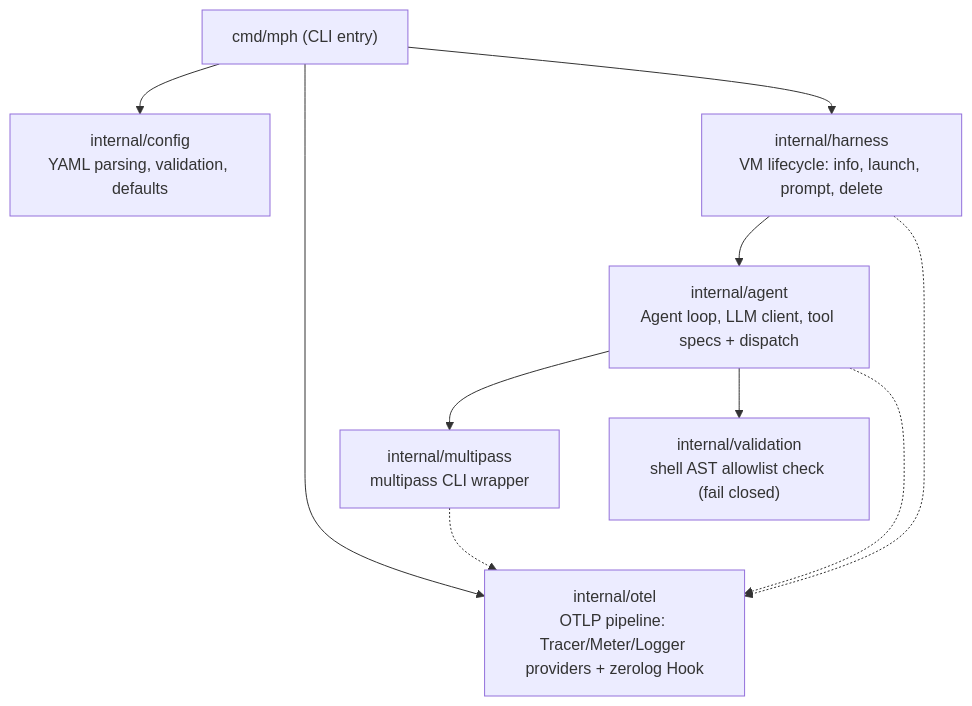
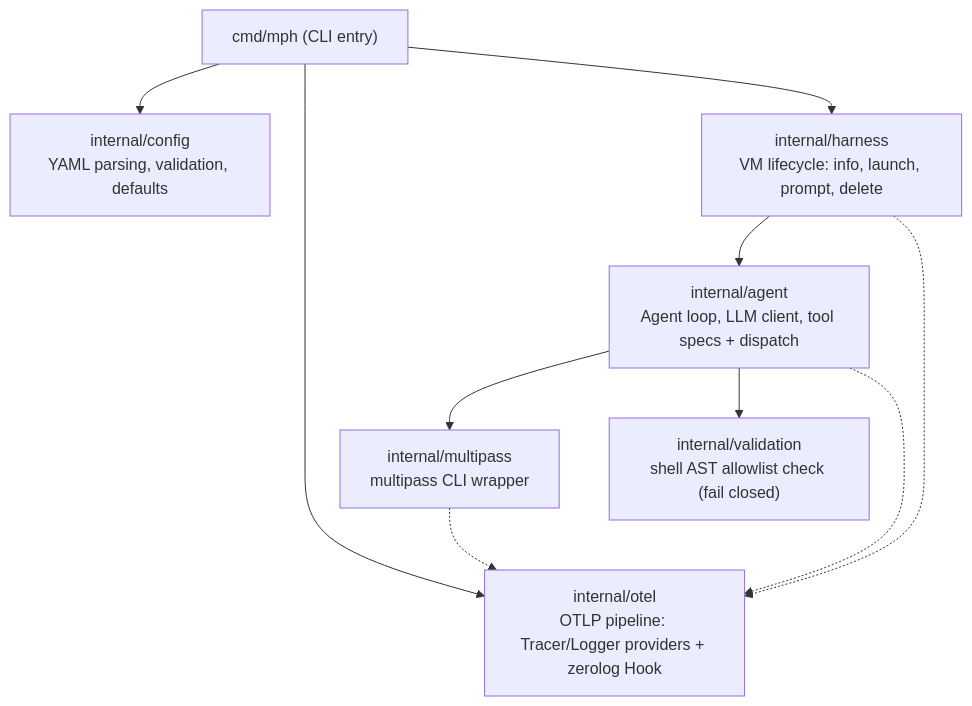
The first of 2 diagrams in docs/reference/arch.md (trollLemon/MPHarness), drawn with Mermaid before and after one commit. The commit also changed other lines of this file and 13 other files, not shown here.

````diff
--- a/docs/reference/arch.md
+++ b/docs/reference/arch.md
@@ -11,20 +11,20 @@
 ```mermaid
 flowchart TD
     CLI["cmd/mph (CLI entry)"]
     CONF["internal/config<br/>YAML parsing, validation, defaults"]
-    OTEL["internal/otel<br/>OTLP pipeline: Tracer/Meter/Logger providers + zerolog Hook"]
+    OTEL["internal/otel<br/>OTLP pipeline: Tracer/Logger providers + zerolog Hook"]
     AGENT["internal/agent<br/>Agent loop, LLM client, tool specs + dispatch"]
     HARNESS["internal/harness<br/>VM lifecycle: info, launch, prompt, delete"]
     MULTIPASS["internal/multipass<br/>multipass CLI wrapper"]
     VALIDATE["internal/validation<br/>shell AST allowlist check (fail closed)"]
 
     CLI --> CONF
     CLI --> OTEL
     CLI --> HARNESS
     HARNESS --> AGENT
     AGENT --> MULTIPASS
     AGENT --> VALIDATE
     HARNESS -.-> OTEL
     AGENT -.-> OTEL
     MULTIPASS -.-> OTEL
 ```
````
